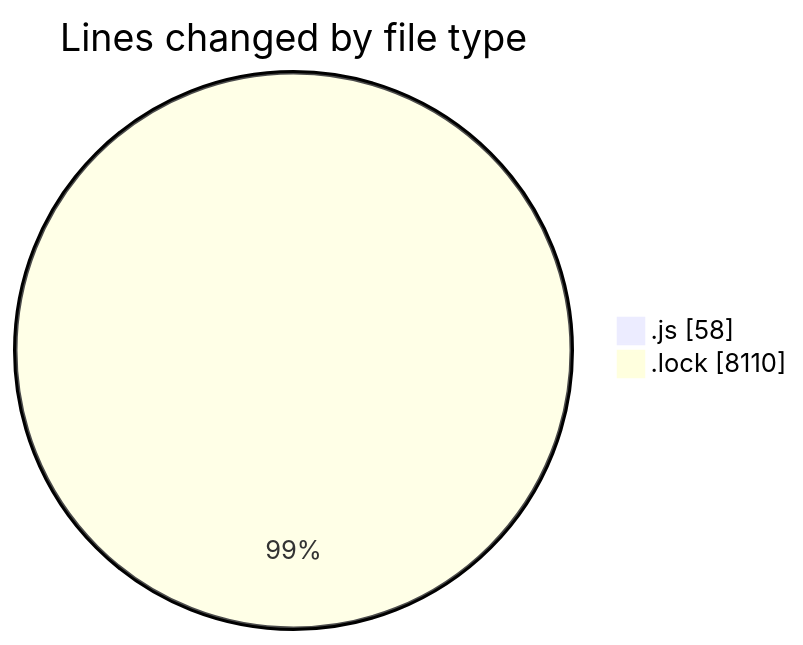
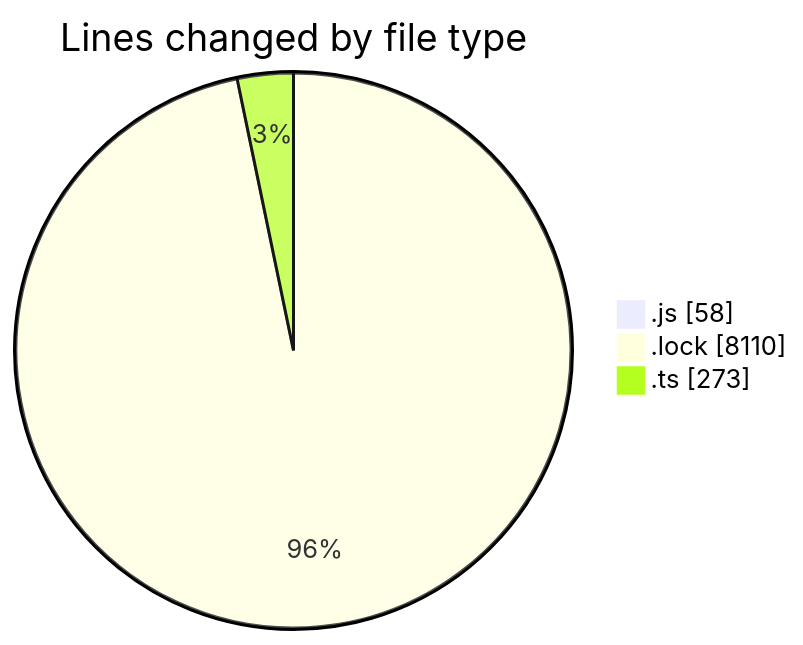
Before and after one commit to momahboobian/code-tracking: the first of 2 diagrams in 2025-02-07/cda/README.md, drawn with Mermaid. The commit also changed other lines of this file and 1 other file, not shown here.

````diff
--- a/2025-02-07/cda/README.md
+++ b/2025-02-07/cda/README.md
@@ -23,6 +24,7 @@
 ```mermaid
 pie showData
 title Lines changed by file type
 ".js" : 58
 ".lock" : 8110
+".ts" : 273
 ```
````
